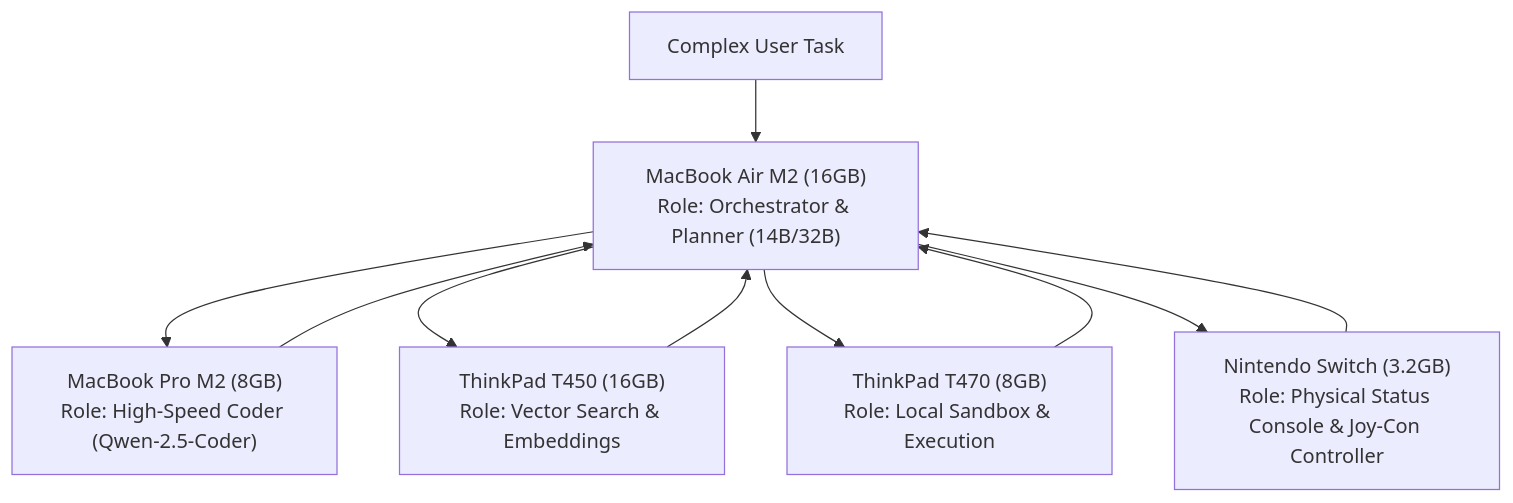
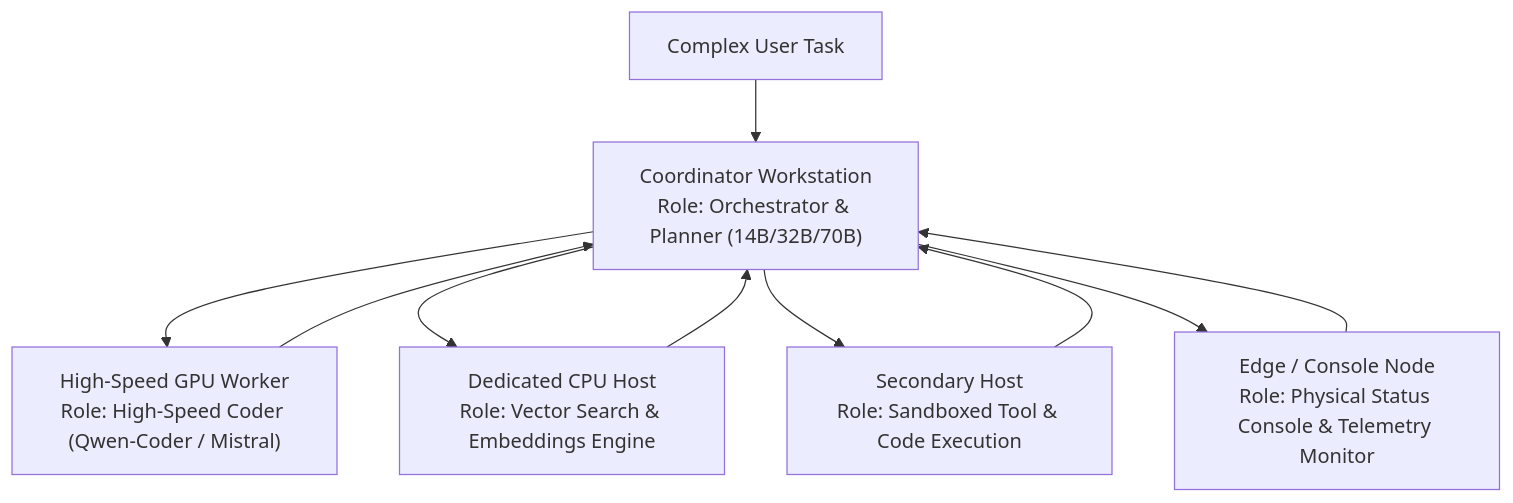
One commit to r0bledas/Offline-AI-Cluster changed the second of 2 diagrams in ROADMAP.md. Above: the diagram before and after it, drawn with Mermaid. The commit also changed other lines of this file and 5 other files, not shown here.

````diff
--- a/ROADMAP.md
+++ b/ROADMAP.md
@@ -101,14 +101,14 @@
 ```mermaid
 flowchart TD
-    Task["Complex User Task"] --> Planner["MacBook Air M2 (16GB)<br/>Role: Orchestrator & Planner (14B/32B)"]
+    Task["Complex User Task"] --> Planner["Coordinator Workstation<br/>Role: Orchestrator & Planner (14B/32B/70B)"]
     
-    Planner --> CodeSub["MacBook Pro M2 (8GB)<br/>Role: High-Speed Coder (Qwen-2.5-Coder)"]
-    Planner --> RAGSub["ThinkPad T450 (16GB)<br/>Role: Vector Search & Embeddings"]
-    Planner --> ToolSub["ThinkPad T470 (8GB)<br/>Role: Local Sandbox & Execution"]
-    Planner --> ConsoleSub["Nintendo Switch (3.2GB)<br/>Role: Physical Status Console & Joy-Con Controller"]
+    Planner --> CodeSub["High-Speed GPU Worker<br/>Role: High-Speed Coder (Qwen-Coder / Mistral)"]
+    Planner --> RAGSub["Dedicated CPU Host<br/>Role: Vector Search & Embeddings Engine"]
+    Planner --> ToolSub["Secondary Host<br/>Role: Sandboxed Tool & Code Execution"]
+    Planner --> ConsoleSub["Edge / Console Node<br/>Role: Physical Status Console & Telemetry Monitor"]
     
     CodeSub --> Planner
     RAGSub --> Planner
     ToolSub --> Planner
     ConsoleSub --> Planner
 ```
````
